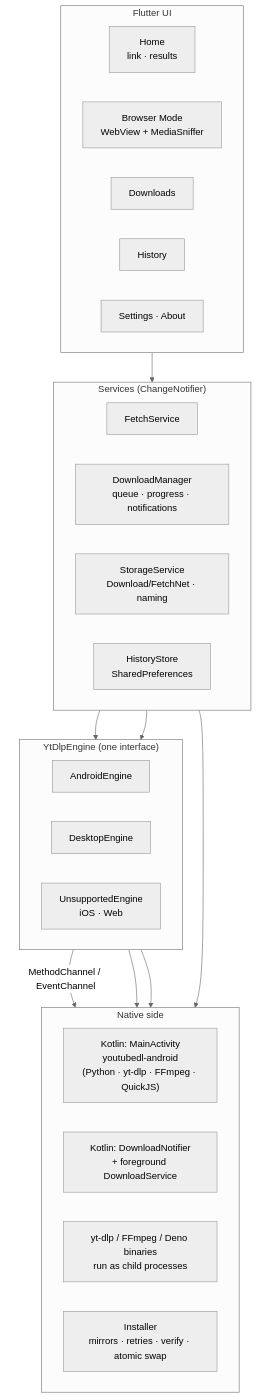
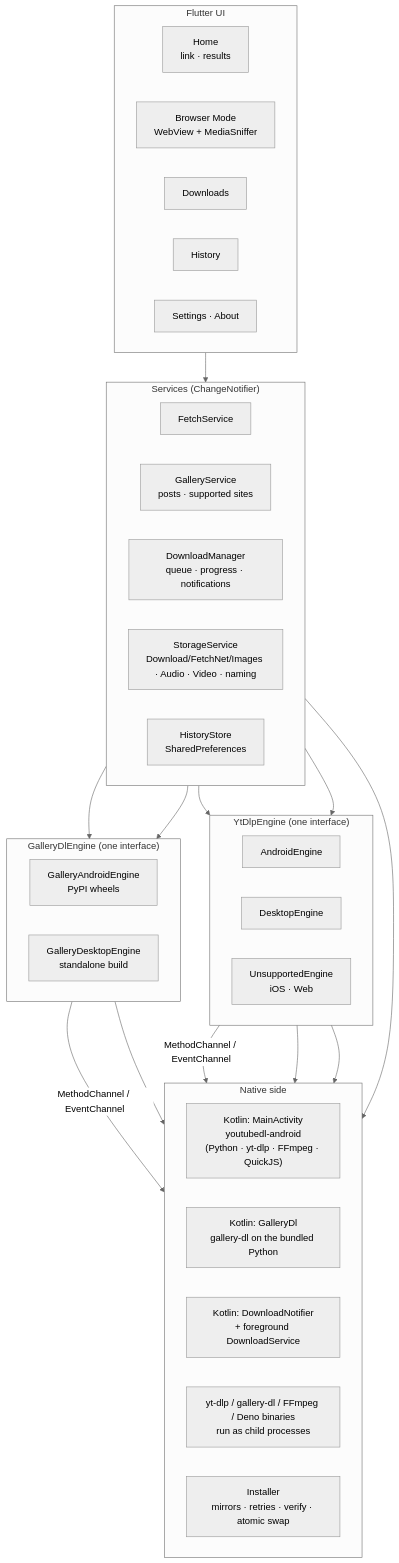
One commit to arijeetdas/FetchNet changed the second of 2 diagrams in README.md. Above: the diagram before and after it, drawn with Mermaid (neutral theme). The commit also changed other lines of this file and 46 other files, not shown here.

````diff
--- a/README.md
+++ b/README.md
@@ -103,42 +110,54 @@
 ```mermaid
 flowchart TB
     subgraph UI["Flutter UI"]
         direction LR
         Home["Home<br/>link · results"]
         Browser["Browser Mode<br/>WebView + MediaSniffer"]
         Downloads["Downloads"]
         History["History"]
         Settings["Settings · About"]
     end
 
     subgraph Services["Services (ChangeNotifier)"]
         direction LR
         Fetch["FetchService"]
+        Gallery["GalleryService<br/>posts · supported sites"]
         DM["DownloadManager<br/>queue · progress · notifications"]
-        Storage["StorageService<br/>Download/FetchNet · naming"]
+        Storage["StorageService<br/>Download/FetchNet/Images · Audio · Video · naming"]
         Hist["HistoryStore<br/>SharedPreferences"]
     end
 
     subgraph Engine["YtDlpEngine (one interface)"]
         direction LR
         AE["AndroidEngine"]
         DE["DesktopEngine"]
         UE["UnsupportedEngine<br/>iOS · Web"]
     end
 
+    subgraph GEngine["GalleryDlEngine (one interface)"]
+        direction LR
+        GA["GalleryAndroidEngine<br/>PyPI wheels"]
+        GD["GalleryDesktopEngine<br/>standalone build"]
+    end
+
     subgraph Native["Native side"]
         direction LR
         K["Kotlin: MainActivity<br/>youtubedl-android<br/>(Python · yt-dlp · FFmpeg · QuickJS)"]
+        G["Kotlin: GalleryDl<br/>gallery-dl on the bundled Python"]
         N["Kotlin: DownloadNotifier<br/>+ foreground DownloadService"]
-        P["yt-dlp / FFmpeg / Deno binaries<br/>run as child processes"]
+        P["yt-dlp / gallery-dl / FFmpeg / Deno binaries<br/>run as child processes"]
         I["Installer<br/>mirrors · retries · verify · atomic swap"]
     end
 
     UI --> Services
     Fetch --> Engine
     DM --> Engine
+    Gallery --> GEngine
+    DM --> GEngine
     DM --> N
+    GA -- MethodChannel / EventChannel --> G
+    GD --> P
     AE -- MethodChannel / EventChannel --> K
     DE --> P
     DE --> I
 ```
````
